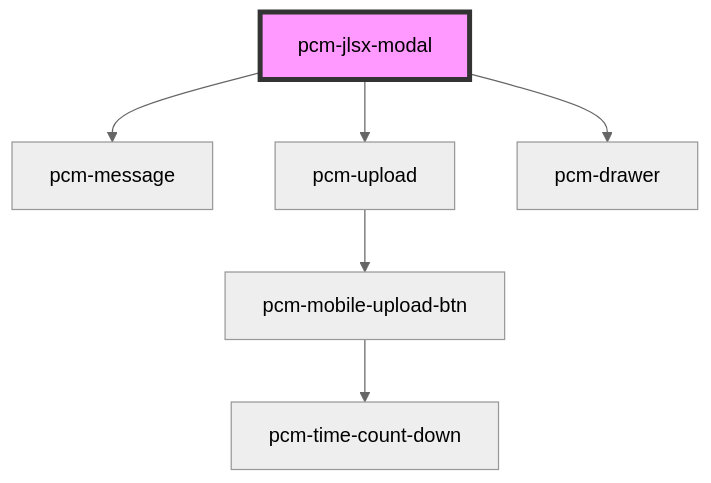
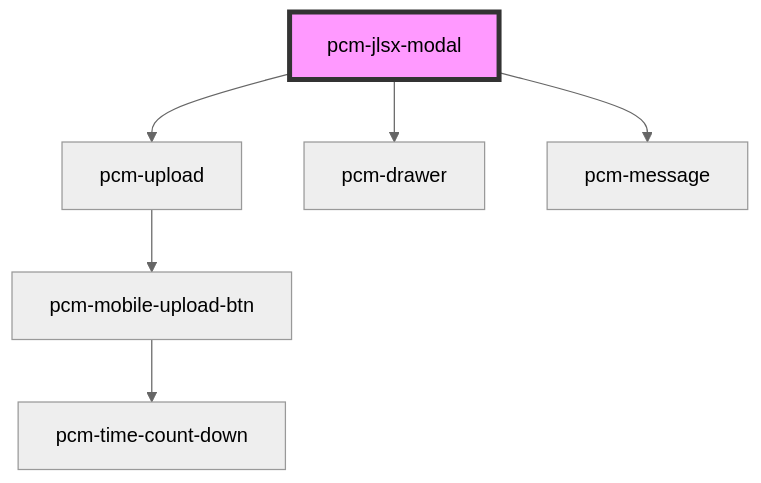
The diagram in packages/pcm-agents/docs/components/pcm-jlsx-modal/readme.md (Pincaimao/pcm-agents-sdk), drawn with Mermaid (neutral theme) before and after one commit. The commit also changed other lines of this file and 15 other files, not shown here.

````diff
--- a/packages/pcm-agents/docs/components/pcm-jlsx-modal/readme.md
+++ b/packages/pcm-agents/docs/components/pcm-jlsx-modal/readme.md
@@ -45,9 +45,9 @@
 ```mermaid
 graph TD;
-  pcm-jlsx-modal --> pcm-message
   pcm-jlsx-modal --> pcm-upload
   pcm-jlsx-modal --> pcm-drawer
+  pcm-jlsx-modal --> pcm-message
   pcm-upload --> pcm-mobile-upload-btn
   pcm-mobile-upload-btn --> pcm-time-count-down
   style pcm-jlsx-modal fill:#f9f,stroke:#333,stroke-width:4px
 ```
````
